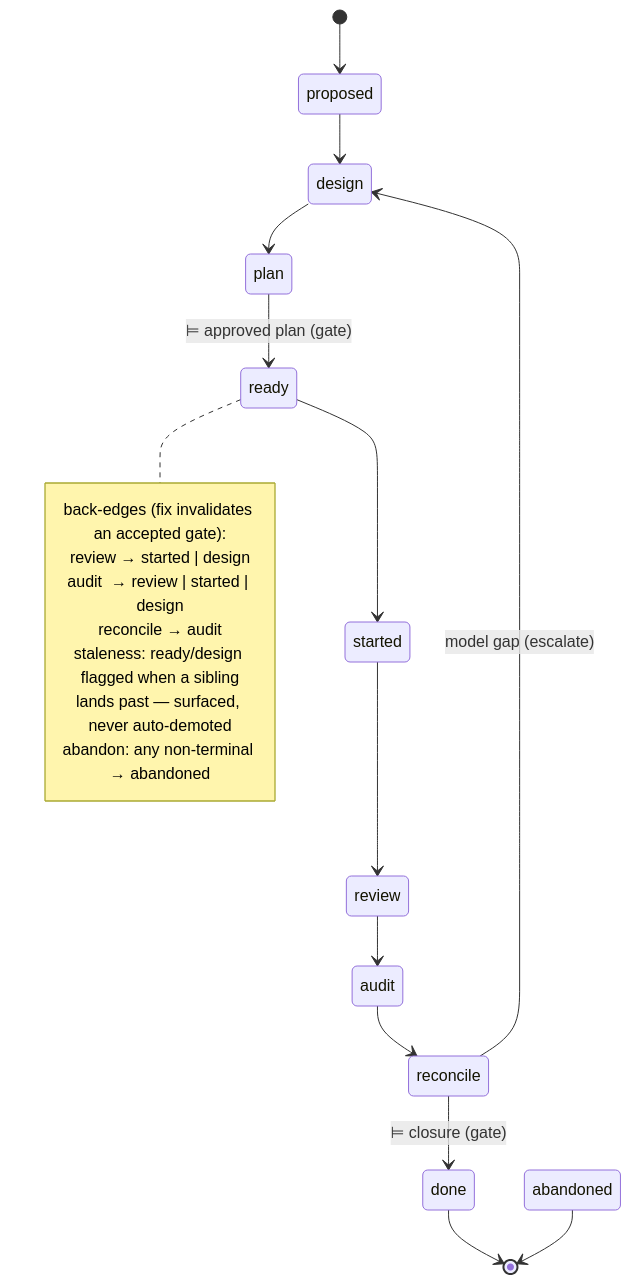
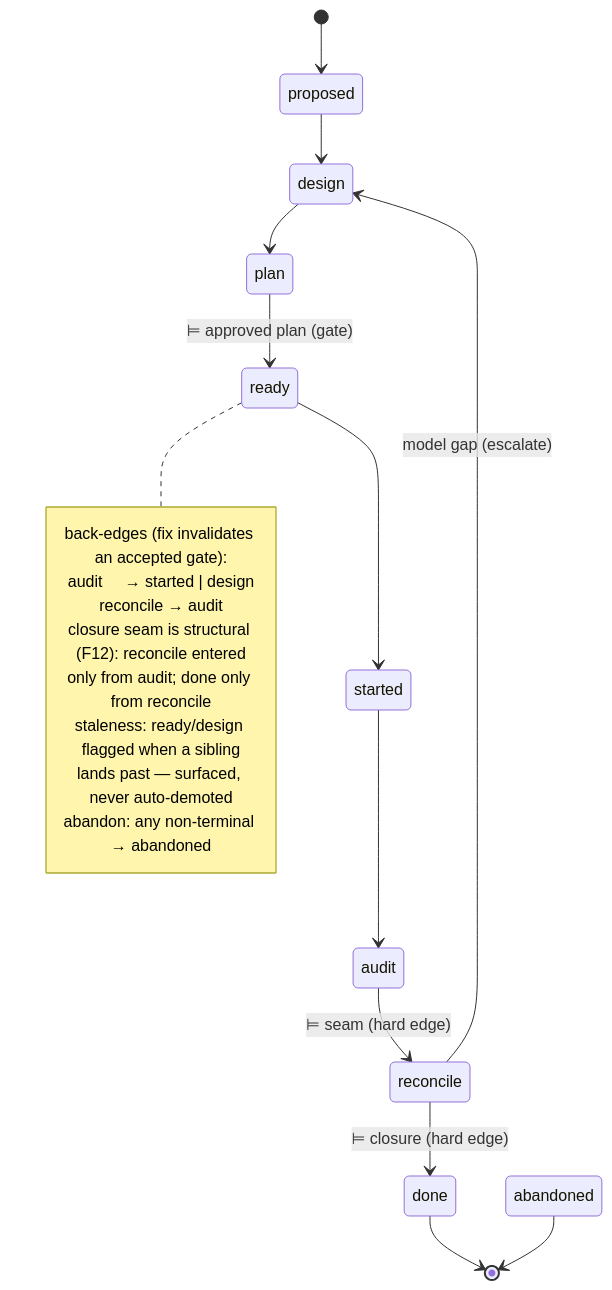
Before and after one commit to davidlee/doctrine: the diagram in .doctrine/adr/009/adr-009.md, drawn with Mermaid. The commit also changed other lines of this file and 2 other files, not shown here.

First line of the commit message:
design(SL-028): apply F11/F12/F15 canon decisions

````diff
--- a/.doctrine/adr/009/adr-009.md
+++ b/.doctrine/adr/009/adr-009.md
@@ -35,25 +35,25 @@
 ```mermaid
 stateDiagram-v2
     [*] --> proposed
     proposed --> design
     design --> plan
     plan --> ready : ⊨ approved plan (gate)
     ready --> started
-    started --> review
-    review --> audit
-    audit --> reconcile
-    reconcile --> done : ⊨ closure (gate)
+    started --> audit
+    audit --> reconcile : ⊨ seam (hard edge)
+    reconcile --> done : ⊨ closure (hard edge)
     reconcile --> design : model gap (escalate)
     done --> [*]
     abandoned --> [*]
 
     note right of ready
       back-edges (fix invalidates an accepted gate):
-        review → started | design
-        audit  → review | started | design
+        audit     → started | design
         reconcile → audit
+      closure seam is structural (F12): reconcile entered
+        only from audit; done only from reconcile
       staleness: ready/design flagged when a sibling
         lands past — surfaced, never auto-demoted
       abandon: any non-terminal → abandoned
     end note
 ```
````
